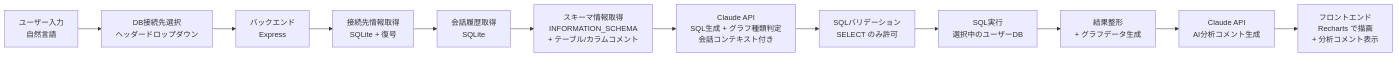
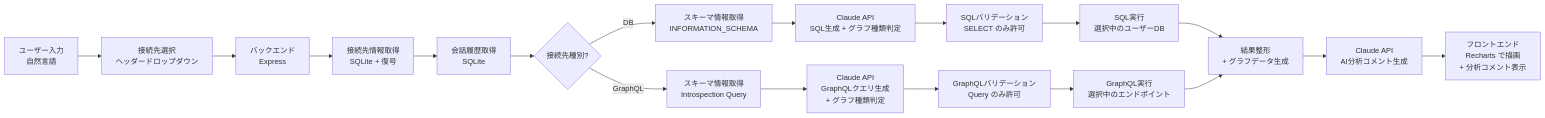
The second of 2 diagrams in ai_generated/requirements/architecture.md (okegawaatclink/gaido-dataagent), drawn with Mermaid before and after one commit. The commit also changed other lines of this file and 4 other files, not shown here.

First line of the commit message:
docs(requirements): add GraphQL connection support requirements (v1.1)

````diff
--- a/ai_generated/requirements/architecture.md
+++ b/ai_generated/requirements/architecture.md
@@ -71,14 +77,20 @@
 ```mermaid
 flowchart LR
-    A["ユーザー入力<br>自然言語"] --> A2["DB接続先選択<br>ヘッダードロップダウン"]
+    A["ユーザー入力<br>自然言語"] --> A2["接続先選択<br>ヘッダードロップダウン"]
     A2 --> B["バックエンド<br>Express"]
     B --> B1["接続先情報取得<br>SQLite + 復号"]
     B1 --> B2["会話履歴取得<br>SQLite"]
-    B2 --> C["スキーマ情報取得<br>INFORMATION_SCHEMA<br>+ テーブル/カラムコメント"]
-    C --> D["Claude API<br>SQL生成 + グラフ種類判定<br>会話コンテキスト付き"]
+    B2 --> C{"接続先種別?"}
+    C -->|"DB"| C1["スキーマ情報取得<br>INFORMATION_SCHEMA"]
+    C -->|"GraphQL"| C2["スキーマ情報取得<br>Introspection Query"]
+    C1 --> D["Claude API<br>SQL生成 + グラフ種類判定"]
+    C2 --> D2["Claude API<br>GraphQLクエリ生成<br>+ グラフ種類判定"]
     D --> E["SQLバリデーション<br>SELECT のみ許可"]
+    D2 --> E2["GraphQLバリデーション<br>Query のみ許可"]
     E --> F["SQL実行<br>選択中のユーザーDB"]
+    E2 --> F2["GraphQL実行<br>選択中のエンドポイント"]
     F --> G["結果整形<br>+ グラフデータ生成"]
+    F2 --> G
     G --> G2["Claude API<br>AI分析コメント生成"]
     G2 --> H["フロントエンド<br>Recharts で描画<br>+ 分析コメント表示"]
 ```
````
